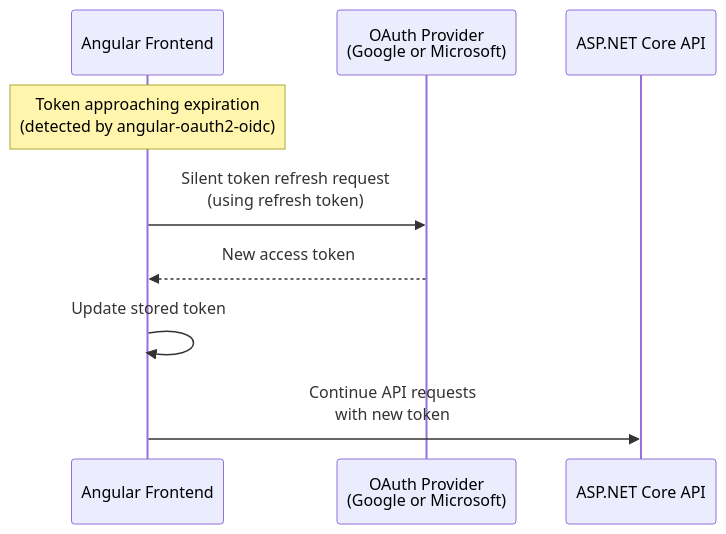
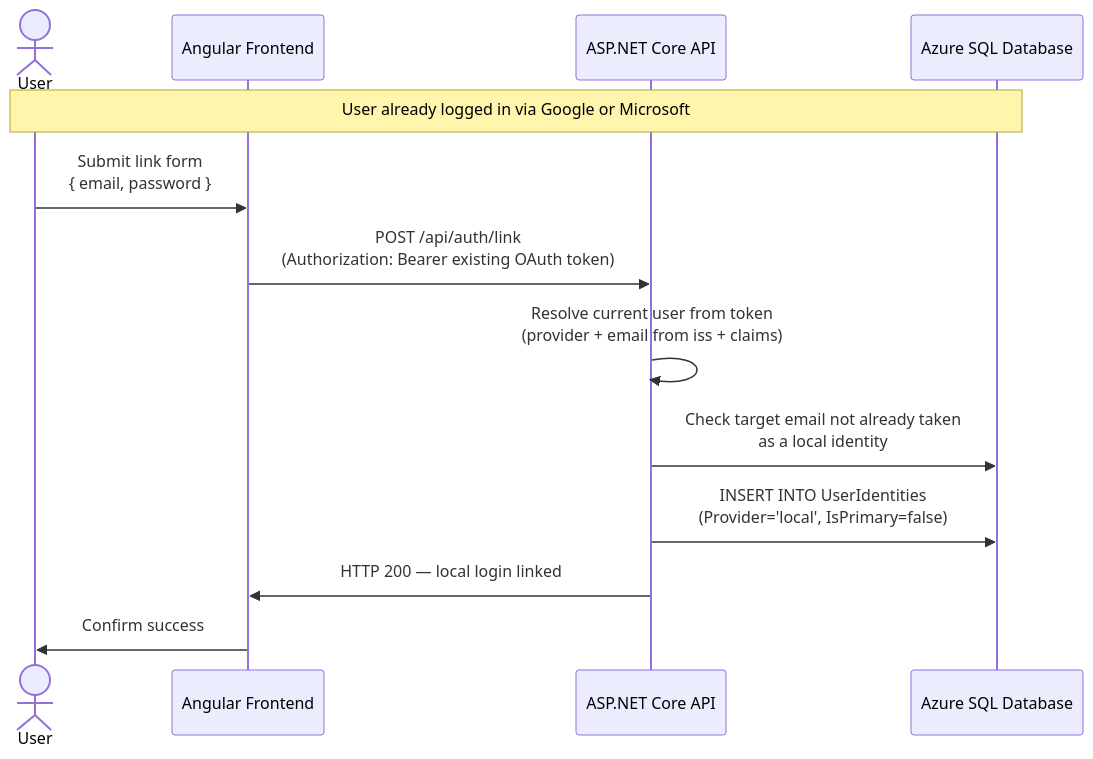
Before and after one commit to Etown-CS/JayWiki: the third of 4 diagrams in Docs/oauthauthenticationflow.md, drawn with Mermaid. The commit also changed other lines of this file and 2 other files, not shown here.

First line of the commit message:
Docs: add local auth, update OAuth flows & stack

````diff
--- a/Docs/oauthauthenticationflow.md
+++ b/Docs/oauthauthenticationflow.md
@@ -114,13 +127,17 @@
 ```mermaid
 sequenceDiagram
+    actor User
     participant Frontend as Angular Frontend
-    participant Provider as OAuth Provider<br/>(Google or Microsoft)
     participant Backend as ASP.NET Core API
+    participant DB as Azure SQL Database
 
-    Note over Frontend: Token approaching expiration<br/>(detected by angular-oauth2-oidc)
+    Note over User,DB: User already logged in via Google or Microsoft
 
-    Frontend->>Provider: Silent token refresh request<br/>(using refresh token)
-    Provider-->>Frontend: New access token
-    Frontend->>Frontend: Update stored token
-    Frontend->>Backend: Continue API requests<br/>with new token
+    User->>Frontend: Submit link form<br/>{ email, password }
+    Frontend->>Backend: POST /api/auth/link<br/>(Authorization: Bearer existing OAuth token)
+    Backend->>Backend: Resolve current user from token<br/>(provider + email from iss + claims)
+    Backend->>DB: Check target email not already taken<br/>as a local identity
+    Backend->>DB: INSERT INTO UserIdentities<br/>(Provider='local', IsPrimary=false)
+    Backend->>Frontend: HTTP 200 — local login linked
+    Frontend->>User: Confirm success
 ```
````
